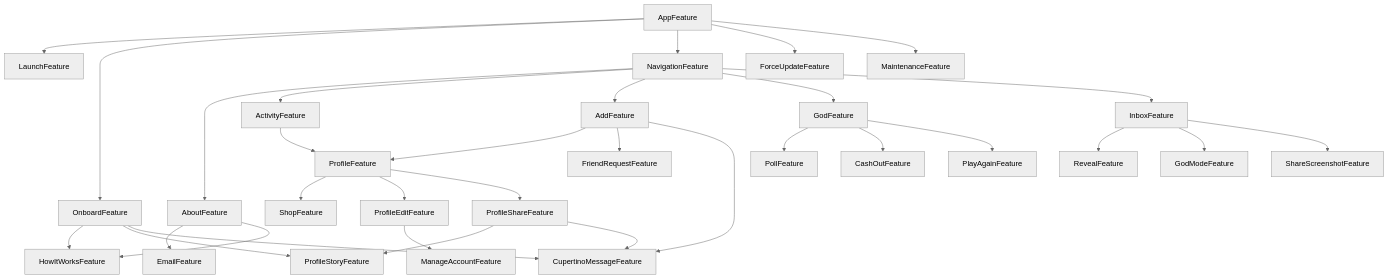
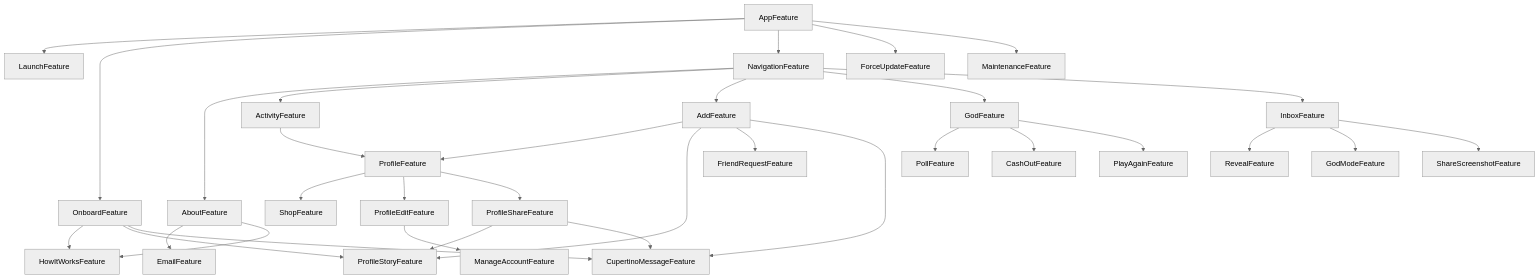
One commit to 0x1-company/god-ios changed the diagram in Packages/GodPackage/README.md. Above: the diagram before and after it, drawn with Mermaid (neutral theme). The commit also changed 1 other file, not shown here.

Commit message:
chore: 🤖 dgraph

````diff
--- a/Packages/GodPackage/README.md
+++ b/Packages/GodPackage/README.md
@@ -6,34 +6,35 @@
 ```mermaid
 graph TD;
     AboutFeature-->EmailFeature;
     AboutFeature-->HowItWorksFeature;
     ActivityFeature-->ProfileFeature;
     AddFeature-->ProfileFeature;
+    AddFeature-->ProfileStoryFeature;
     AddFeature-->FriendRequestFeature;
     AddFeature-->CupertinoMessageFeature;
     AppFeature-->LaunchFeature;
     AppFeature-->OnboardFeature;
     AppFeature-->NavigationFeature;
     AppFeature-->ForceUpdateFeature;
     AppFeature-->MaintenanceFeature;
     GodFeature-->PollFeature;
     GodFeature-->CashOutFeature;
     GodFeature-->PlayAgainFeature;
     InboxFeature-->RevealFeature;
     InboxFeature-->GodModeFeature;
     InboxFeature-->ShareScreenshotFeature;
     NavigationFeature-->AboutFeature;
     NavigationFeature-->ActivityFeature;
     NavigationFeature-->AddFeature;
     NavigationFeature-->GodFeature;
     NavigationFeature-->InboxFeature;
     OnboardFeature-->HowItWorksFeature;
     OnboardFeature-->ProfileStoryFeature;
     OnboardFeature-->CupertinoMessageFeature;
     ProfileEditFeature-->ManageAccountFeature;
     ProfileFeature-->ShopFeature;
     ProfileFeature-->ProfileEditFeature;
     ProfileFeature-->ProfileShareFeature;
     ProfileShareFeature-->ProfileStoryFeature;
     ProfileShareFeature-->CupertinoMessageFeature;
 ```
````
